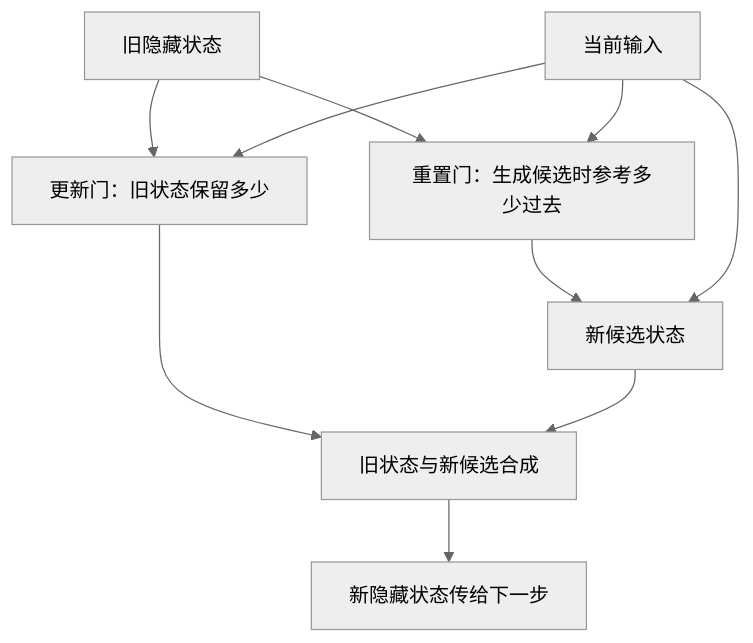
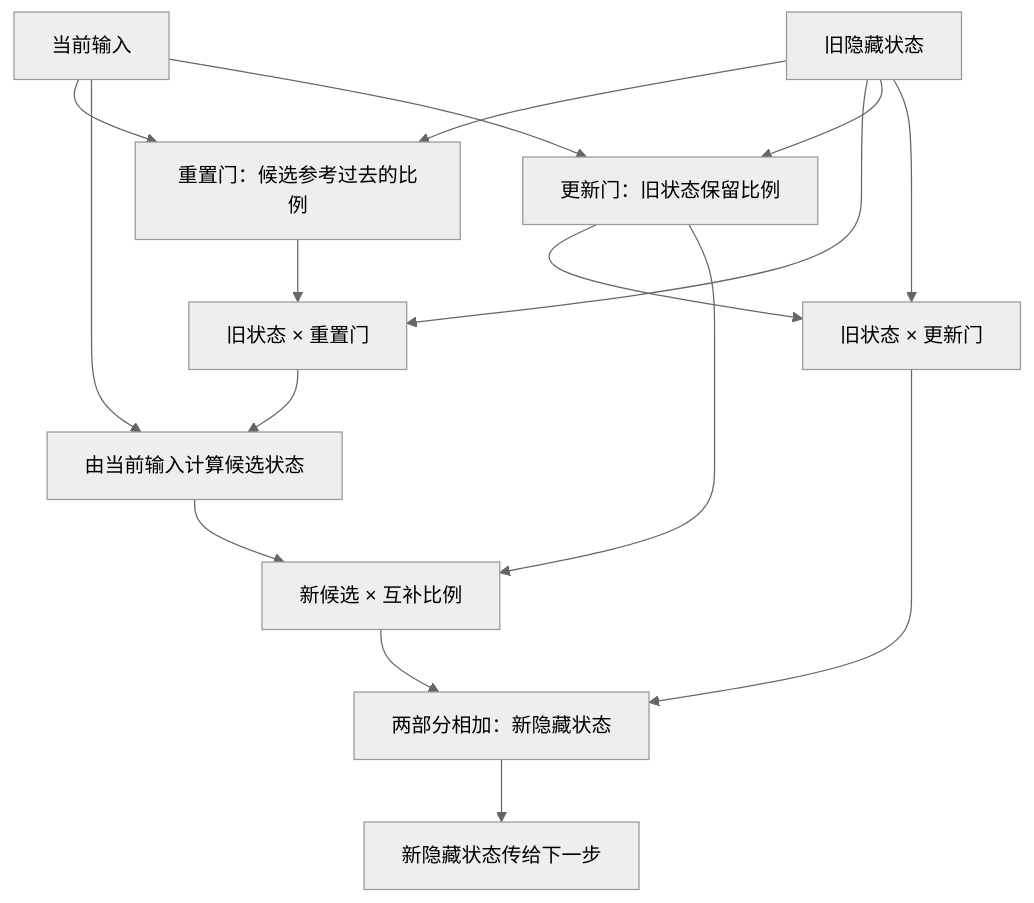
One commit to chengzhang0528/LLMTrain changed the first of 3 diagrams in course/09-模型算法图解/19-GRU门控循环单元.md. Above: the diagram before and after it, drawn with Mermaid (neutral theme). The commit also changed other lines of this file and 39 other files, not shown here.

````diff
--- a/course/09-模型算法图解/19-GRU门控循环单元.md
+++ b/course/09-模型算法图解/19-GRU门控循环单元.md
@@ -11,12 +11,18 @@
 ```mermaid
 flowchart TB
-  H0["旧隐藏状态"] --> Z["更新门：旧状态保留多少"]
-  X["当前输入"] --> Z
-  H0 --> R["重置门：生成候选时参考多少过去"]
-  X --> R
-  R --> N["新候选状态"]
-  X --> N
-  Z --> H1["旧状态与新候选合成"]
-  N --> H1
+  X["当前输入"] --> R["重置门：候选参考过去的比例"]
+  H0["旧隐藏状态"] --> R
+  H0 --> RH["旧状态 × 重置门"]
+  R --> RH
+  X --> N["由当前输入计算候选状态"]
+  RH --> N
+  X --> Z["更新门：旧状态保留比例"]
+  H0 --> Z
+  H0 --> KEEP["旧状态 × 更新门"]
+  Z --> KEEP
+  N --> WRITE["新候选 × 互补比例"]
+  Z --> WRITE
+  KEEP --> H1["两部分相加：新隐藏状态"]
+  WRITE --> H1
   H1 --> NEXT["新隐藏状态传给下一步"]
 ```
````
